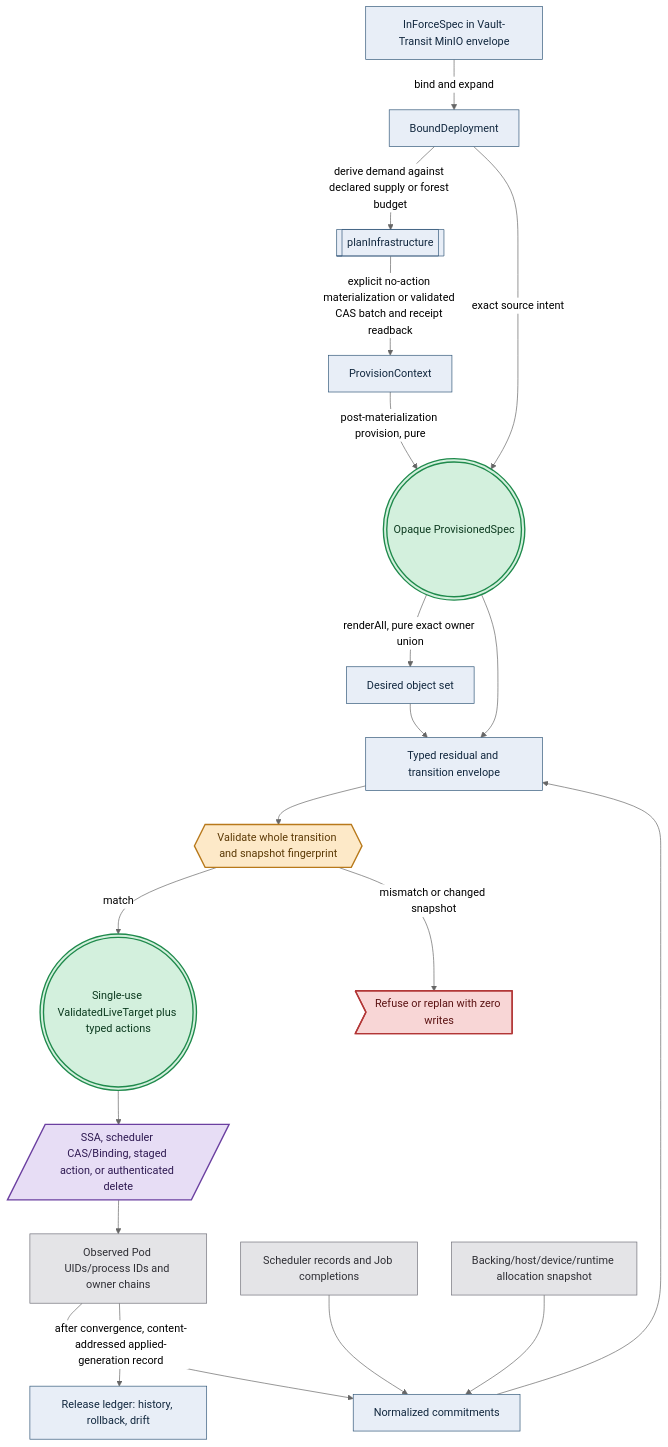
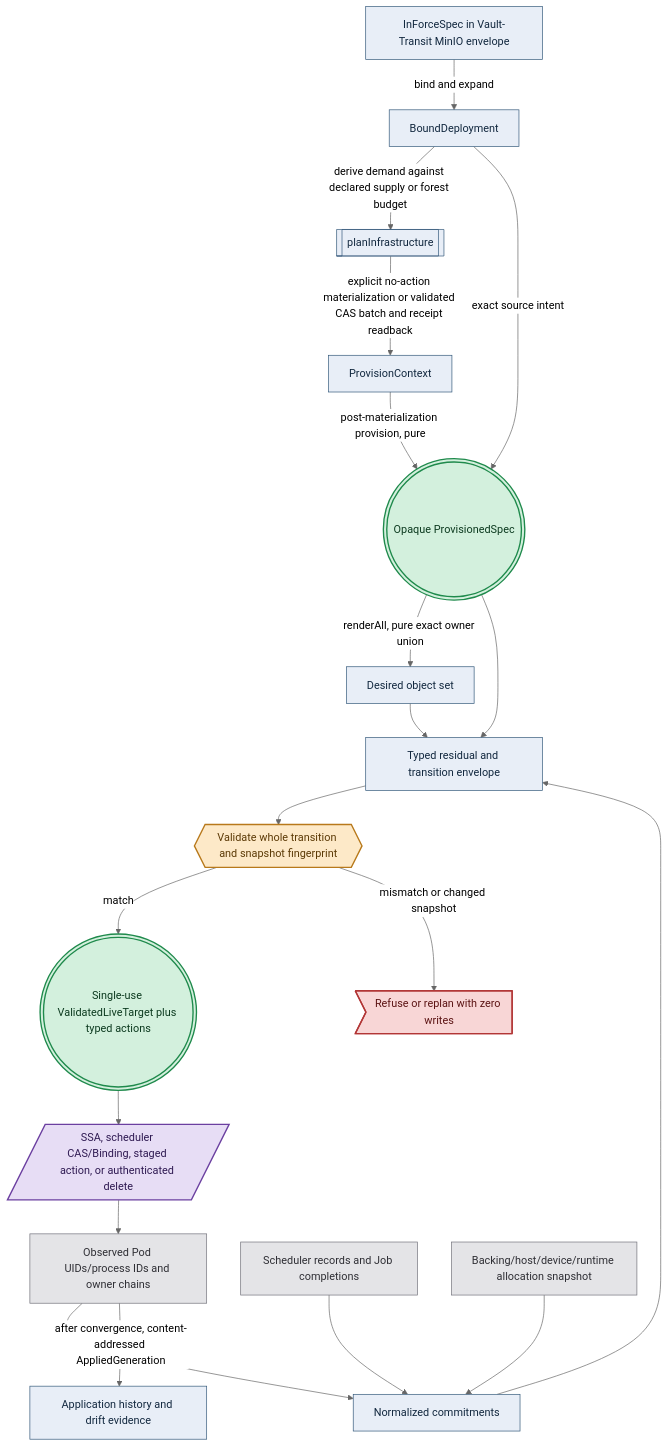
Before and after one commit to Tuee22/amoebius: the fourth of 4 diagrams in documents/engineering/manifest_generation_doctrine.md, drawn with Mermaid (neutral theme). The commit also changed other lines of this file and 77 other files, not shown here.

````diff
--- a/documents/engineering/manifest_generation_doctrine.md
+++ b/documents/engineering/manifest_generation_doctrine.md
@@ -671,27 +667,27 @@
 ```mermaid
 flowchart TD
   dhall[InForceSpec in Vault-Transit MinIO envelope]:::intent -->|bind and expand| bound[BoundDeployment]:::intent
   bound -->|derive demand against declared supply or forest budget| infraPlan[["planInfrastructure"]]:::intent
   infraPlan -->|explicit no-action materialization or validated CAS batch and receipt readback| context[ProvisionContext]:::intent
   context -->|post-materialization provision, pure| checked((("Opaque ProvisionedSpec"))):::seal
   bound -->|exact source intent| checked
   checked -->|renderAll, pure exact owner union| desired[Desired object set]:::intent
   live[Observed Pod UIDs/process IDs and owner chains]:::runtime --> normalize[Normalized commitments]:::intent
   ledger[Scheduler records and Job completions]:::runtime --> normalize
   inventory[Backing/host/device/runtime allocation snapshot]:::runtime --> normalize
   desired --> transition[Typed residual and transition envelope]:::intent
   normalize --> transition
   checked --> transition
   transition --> preflight{{"Validate whole transition and snapshot fingerprint"}}:::gate
   preflight -->|match| token((("Single-use ValidatedLiveTarget plus typed actions"))):::seal
   preflight -->|mismatch or changed snapshot| refuse>"Refuse or replan with zero writes"]:::refuse
   token --> enact[/"SSA, scheduler CAS/Binding, staged action, or authenticated delete"/]:::effect
   enact --> live
-  live -->|after convergence, content-addressed applied-generation record| log[Release ledger: history, rollback, drift]:::intent
+  live -->|after convergence, content-addressed AppliedGeneration| log[Application history and drift evidence]:::intent
   classDef intent   fill:#e8eef7,stroke:#33587a,color:#12283f,stroke-width:1px
   classDef gate     fill:#fde9c8,stroke:#b8791b,color:#5c3a06,stroke-width:2px
   classDef effect   fill:#e7ddf5,stroke:#6b3fa0,color:#2f1a52,stroke-width:2px
   classDef seal     fill:#d3f0dd,stroke:#1f8a4c,color:#0c3a1f,stroke-width:2px
   classDef refuse   fill:#f8d6d6,stroke:#b23636,color:#5c1414,stroke-width:2px
   classDef runtime  fill:#e4e4e7,stroke:#71717a,color:#2f2f35,stroke-width:1px
 ```
````
